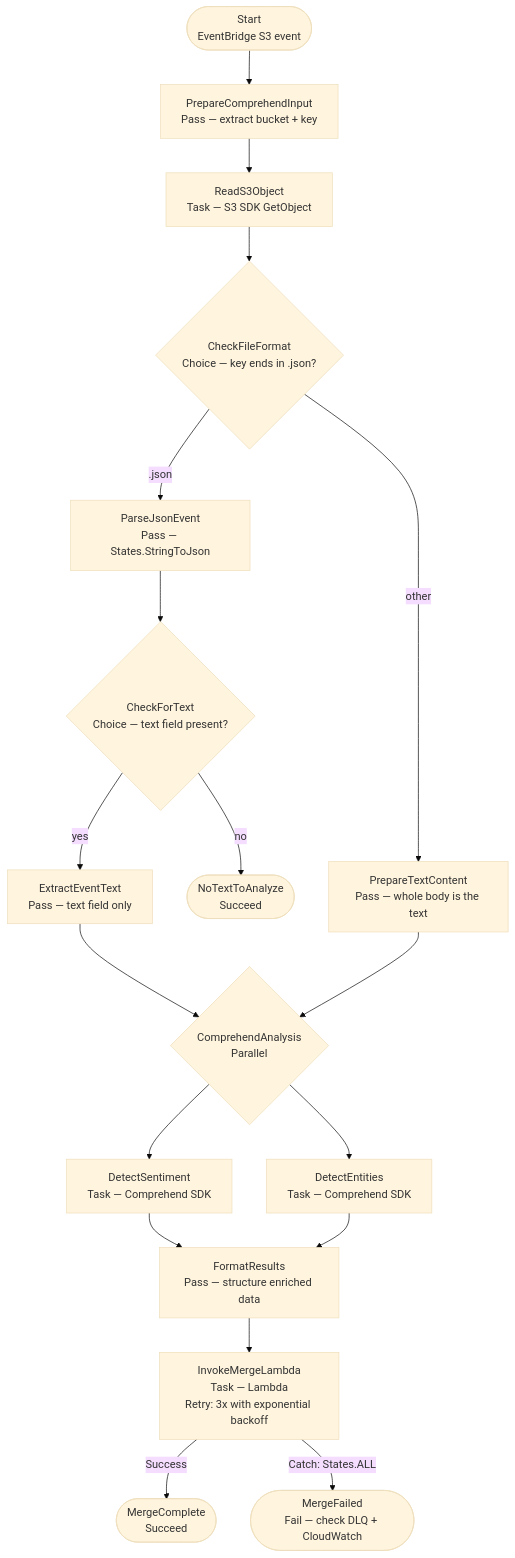
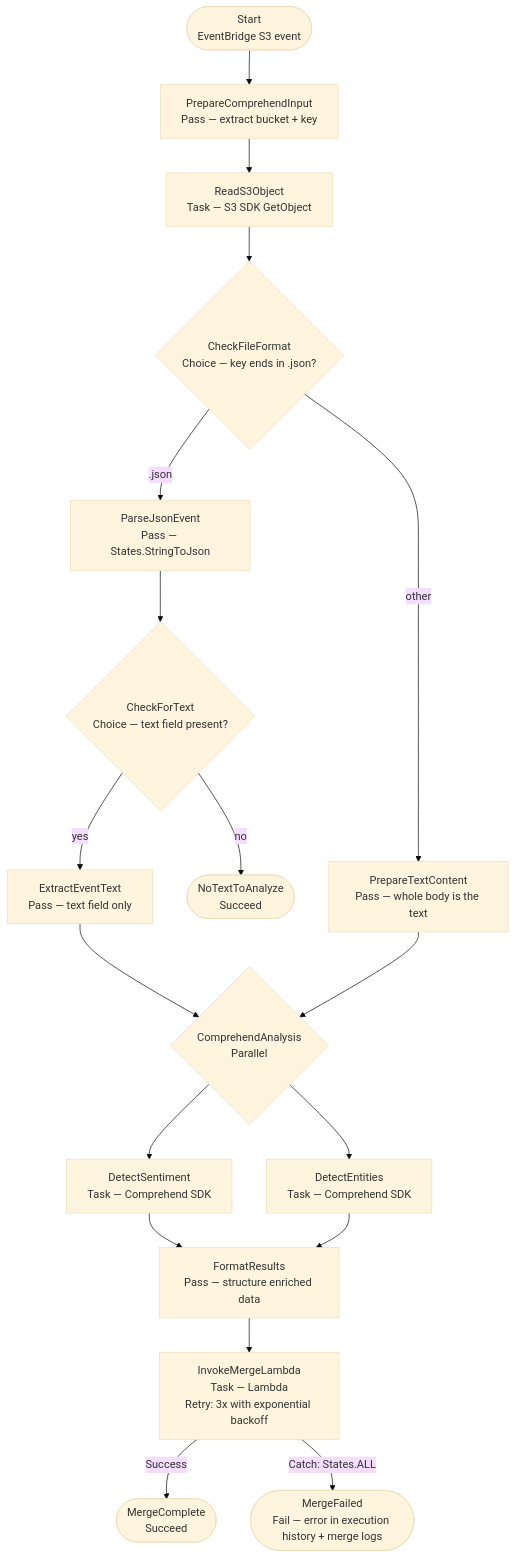
The fourth of 6 diagrams in docs/architecture.md (CloudMikey/ai-dp), drawn with Mermaid (base theme) before and after one commit. The commit also changed other lines of this file and 16 other files, not shown here.

First line of the commit message:
Remove the merge Lambda DLQ that could never receive messages

````diff
--- a/docs/architecture.md
+++ b/docs/architecture.md
@@ -183,46 +181,46 @@
 ```mermaid
 flowchart TD
     Start(["Start\nEventBridge S3 event"]) --> A
 
     A["PrepareComprehendInput\nPass — extract bucket + key"]
     A --> B
 
     B["ReadS3Object\nTask — S3 SDK GetObject"]
     B --> K
 
     K{"CheckFileFormat\nChoice — key ends in .json?"}
     K -->|.json| L
     K -->|other| C
 
     L["ParseJsonEvent\nPass — States.StringToJson"]
     L --> M
     M{"CheckForText\nChoice — text field present?"}
     M -->|yes| N
     M -->|no| O
     N["ExtractEventText\nPass — text field only"]
     N --> D
     O(["NoTextToAnalyze\nSucceed"])
 
     C["PrepareTextContent\nPass — whole body is the text"]
     C --> D
 
     D{"ComprehendAnalysis\nParallel"}
     D --> E
     D --> F
 
     E["DetectSentiment\nTask — Comprehend SDK"]
     F["DetectEntities\nTask — Comprehend SDK"]
 
     E --> G
     F --> G
 
     G["FormatResults\nPass — structure enriched data"]
     G --> H
 
     H["InvokeMergeLambda\nTask — Lambda\nRetry: 3x with exponential backoff"]
     H -->|Success| I
     H -->|Catch: States.ALL| J
 
     I(["MergeComplete\nSucceed"])
-    J(["MergeFailed\nFail — check DLQ + CloudWatch"])
+    J(["MergeFailed\nFail — error in execution history + merge logs"])
 ```
````
